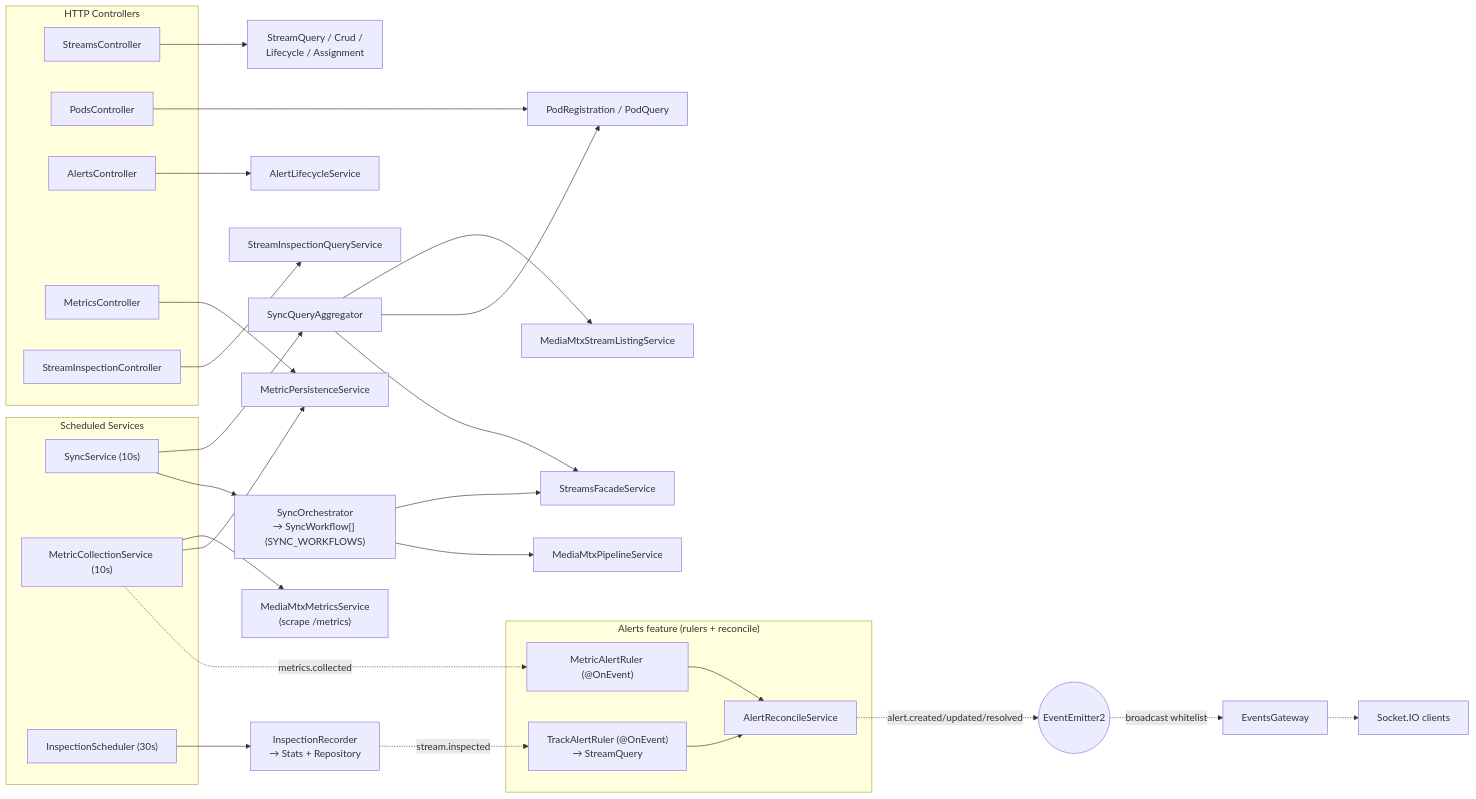
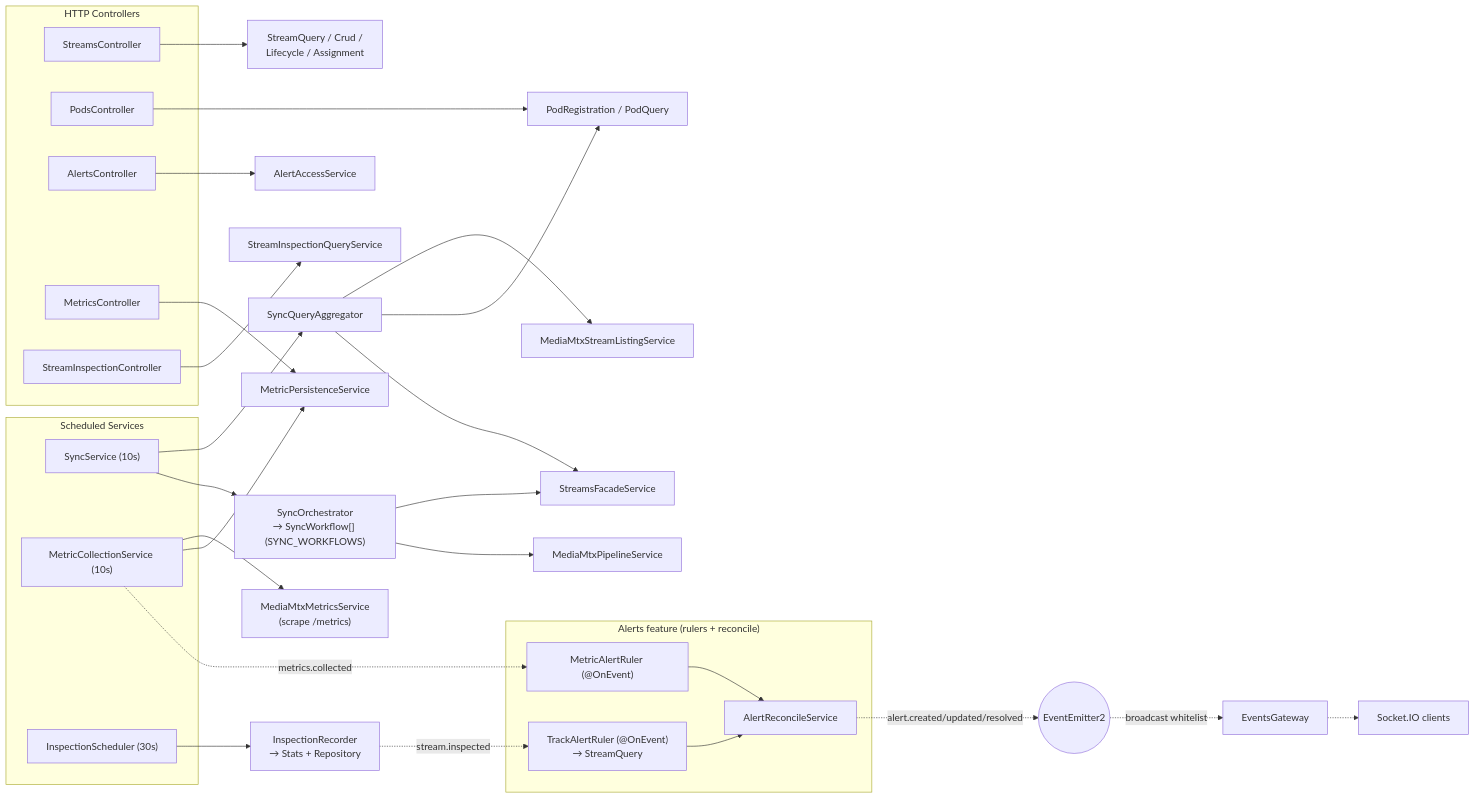
Before and after one commit to emanuel74-bit/media-sync: the fifth of 6 diagrams in backend/SYSTEM_DOCUMENTATION.md, drawn with Mermaid. The commit also changed other lines of this file and 41 other files, not shown here.

````diff
--- a/backend/SYSTEM_DOCUMENTATION.md
+++ b/backend/SYSTEM_DOCUMENTATION.md
@@ -551,47 +551,47 @@
 ```mermaid
 flowchart LR
     subgraph http["HTTP Controllers"]
         StreamsC[StreamsController]
         PodsC[PodsController]
         AlertsC[AlertsController]
         MetricsC[MetricsController]
         InspC[StreamInspectionController]
     end
 
     subgraph cron["Scheduled Services"]
         SyncS["SyncService (10s)"]
         MetricS["MetricCollectionService (10s)"]
         InspS["InspectionScheduler (30s)"]
     end
 
     StreamsC --> StrSvc["StreamQuery / Crud /<br/>Lifecycle / Assignment"]
     PodsC --> PodSvc["PodRegistration / PodQuery"]
-    AlertsC --> AlertLife[AlertLifecycleService]
+    AlertsC --> AlertLife[AlertAccessService]
     MetricsC --> MetricPersist[MetricPersistenceService]
     InspC --> InspQuery[StreamInspectionQueryService]
 
     SyncS --> Agg[SyncQueryAggregator]
     SyncS --> Orch["SyncOrchestrator<br/>→ SyncWorkflow[] (SYNC_WORKFLOWS)"]
     Agg --> Listing[MediaMtxStreamListingService]
     Agg --> PodSvc
     Agg --> Facade[StreamsFacadeService]
     Orch --> Facade
     Orch --> Pipeline[MediaMtxPipelineService]
 
     MetricS --> MetricsSvc["MediaMtxMetricsService<br/>(scrape /metrics)"]
     MetricS --> MetricPersist
     MetricS -. "metrics.collected" .-> MRuler
 
     InspS --> Recorder["InspectionRecorder<br/>→ Stats + Repository"]
     Recorder -. "stream.inspected" .-> TRuler
 
     subgraph alerts["Alerts feature (rulers + reconcile)"]
         MRuler["MetricAlertRuler (@OnEvent)"]
         TRuler["TrackAlertRuler (@OnEvent)<br/>→ StreamQuery"]
         MRuler --> Reconcile[AlertReconcileService]
         TRuler --> Reconcile
     end
     Reconcile -. "alert.created/updated/resolved" .-> Bus
 
     Bus(("EventEmitter2")) -. "broadcast whitelist" .-> Gateway[EventsGateway] -.-> Clients["Socket.IO clients"]
 ```
````
